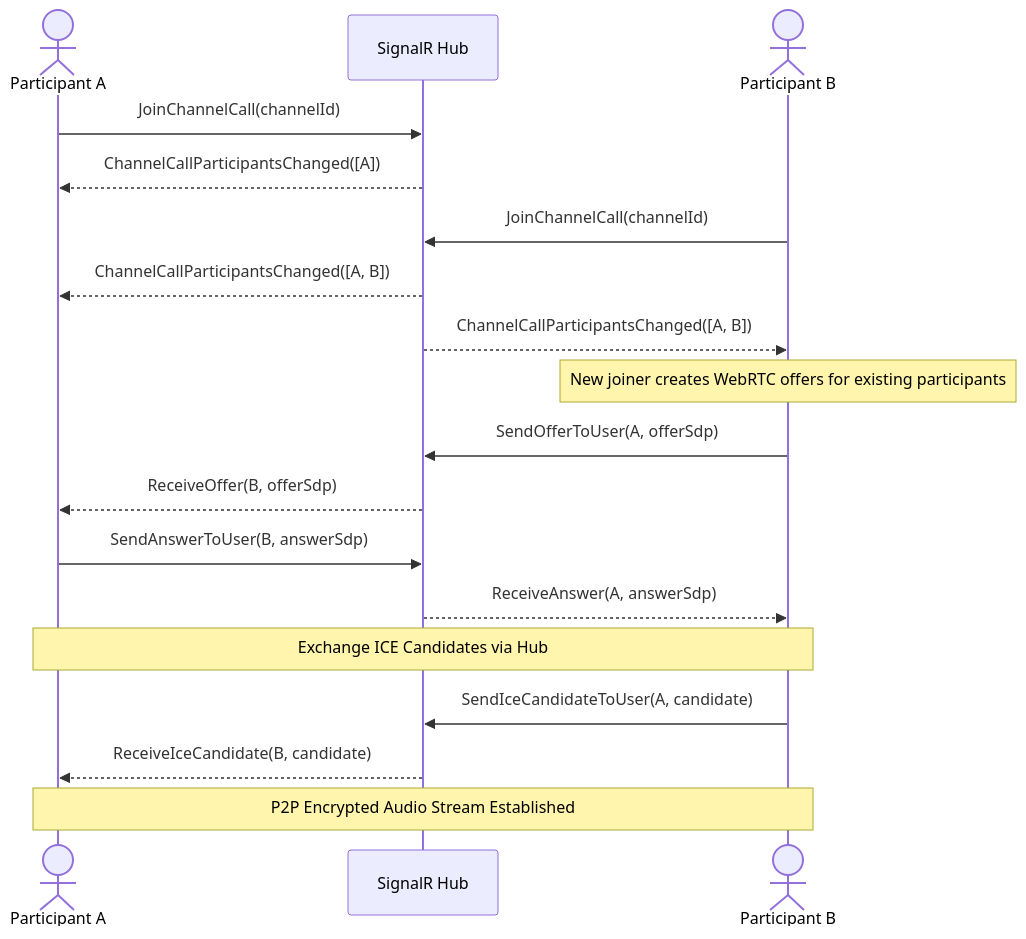
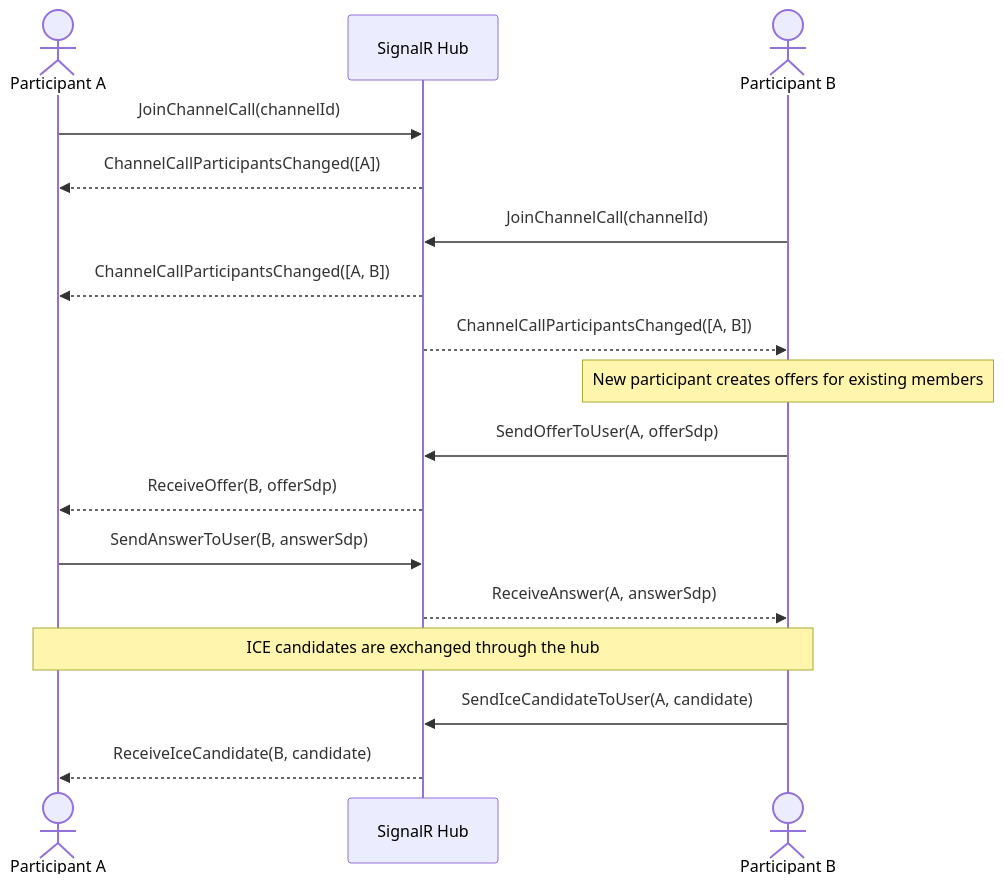
One commit to jihadkhawaja/Egroo changed the fourth of 5 diagrams in wiki/Architecture.md. Above: the diagram before and after it, drawn with Mermaid. The commit also changed other lines of this file and 106 other files, not shown here.

````diff
--- a/wiki/Architecture.md
+++ b/wiki/Architecture.md
@@ -68,27 +131,24 @@
 ```mermaid
 sequenceDiagram
     actor A as Participant A
-    participant H as SignalR Hub
+    participant Hub as SignalR Hub
     actor B as Participant B
 
-    A->>H: JoinChannelCall(channelId)
-    H-->>A: ChannelCallParticipantsChanged([A])
-    
-    B->>H: JoinChannelCall(channelId)
-    H-->>A: ChannelCallParticipantsChanged([A, B])
-    H-->>B: ChannelCallParticipantsChanged([A, B])
+    A->>Hub: JoinChannelCall(channelId)
+    Hub-->>A: ChannelCallParticipantsChanged([A])
 
-    Note over B: New joiner creates WebRTC offers for existing participants
-    B->>H: SendOfferToUser(A, offerSdp)
-    H-->>A: ReceiveOffer(B, offerSdp)
+    B->>Hub: JoinChannelCall(channelId)
+    Hub-->>A: ChannelCallParticipantsChanged([A, B])
+    Hub-->>B: ChannelCallParticipantsChanged([A, B])
 
-    A->>H: SendAnswerToUser(B, answerSdp)
-    H-->>B: ReceiveAnswer(A, answerSdp)
+    Note over B: New participant creates offers for existing members
+    B->>Hub: SendOfferToUser(A, offerSdp)
+    Hub-->>A: ReceiveOffer(B, offerSdp)
 
-    Note over A,B: Exchange ICE Candidates via Hub
+    A->>Hub: SendAnswerToUser(B, answerSdp)
+    Hub-->>B: ReceiveAnswer(A, answerSdp)
 
-    B->>H: SendIceCandidateToUser(A, candidate)
-    H-->>A: ReceiveIceCandidate(B, candidate)
-
-    Note over A,B: P2P Encrypted Audio Stream Established
+    Note over A,B: ICE candidates are exchanged through the hub
+    B->>Hub: SendIceCandidateToUser(A, candidate)
+    Hub-->>A: ReceiveIceCandidate(B, candidate)
 ```
````
